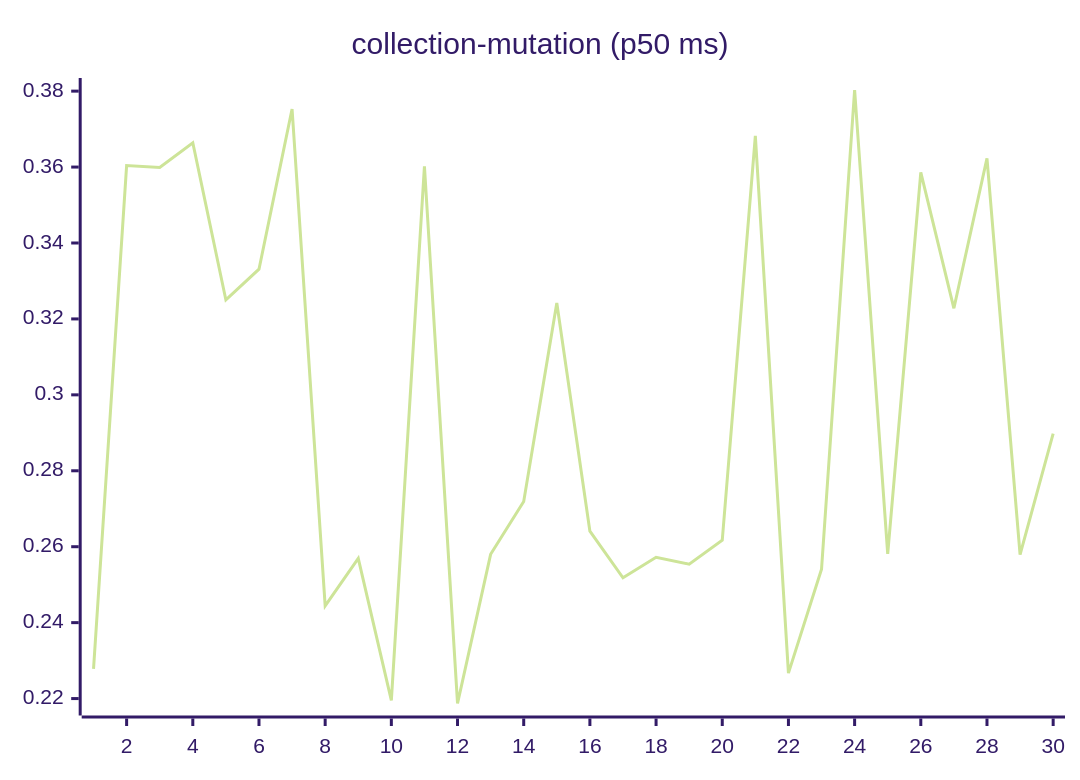
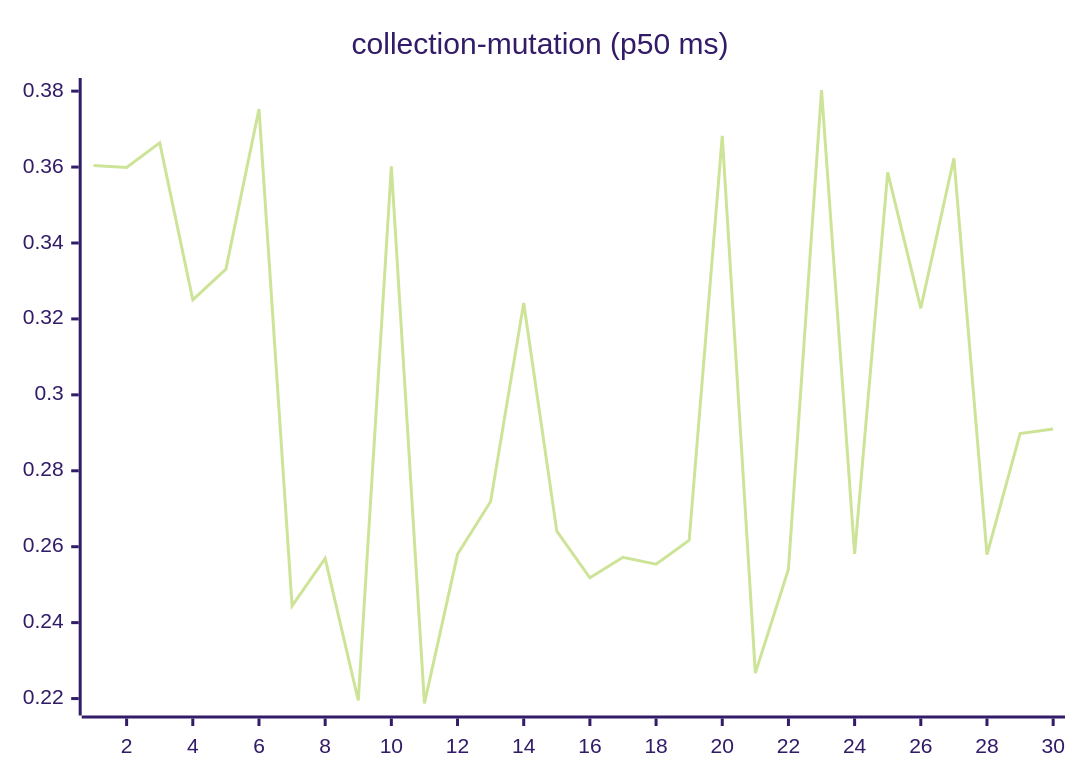
One commit to josha/Facet changed the sixth of 27 diagrams in README.md. Above: the diagram before and after it, drawn with Mermaid (forest theme). The commit also changed other lines of this file and 2 other files, not shown here.

````diff
--- a/README.md
+++ b/README.md
@@ -98,6 +98,6 @@
 ```mermaid
 xychart-beta
     title "collection-mutation (p50 ms)"
     x-axis 1 --> 30
-    line [0.2278, 0.3604, 0.3599, 0.3664, 0.3250, 0.3331, 0.3753, 0.2444, 0.2569, 0.2195, 0.3602, 0.2187, 0.2580, 0.2719, 0.3242, 0.2641, 0.2518, 0.2572, 0.2554, 0.2617, 0.3682, 0.2267, 0.2541, 0.3803, 0.2581, 0.3586, 0.3228, 0.3623, 0.2579, 0.2898]
+    line [0.3604, 0.3599, 0.3664, 0.3250, 0.3331, 0.3753, 0.2444, 0.2569, 0.2195, 0.3602, 0.2187, 0.2580, 0.2719, 0.3242, 0.2641, 0.2518, 0.2572, 0.2554, 0.2617, 0.3682, 0.2267, 0.2541, 0.3803, 0.2581, 0.3586, 0.3228, 0.3623, 0.2579, 0.2898, 0.2910]
 ```
````
